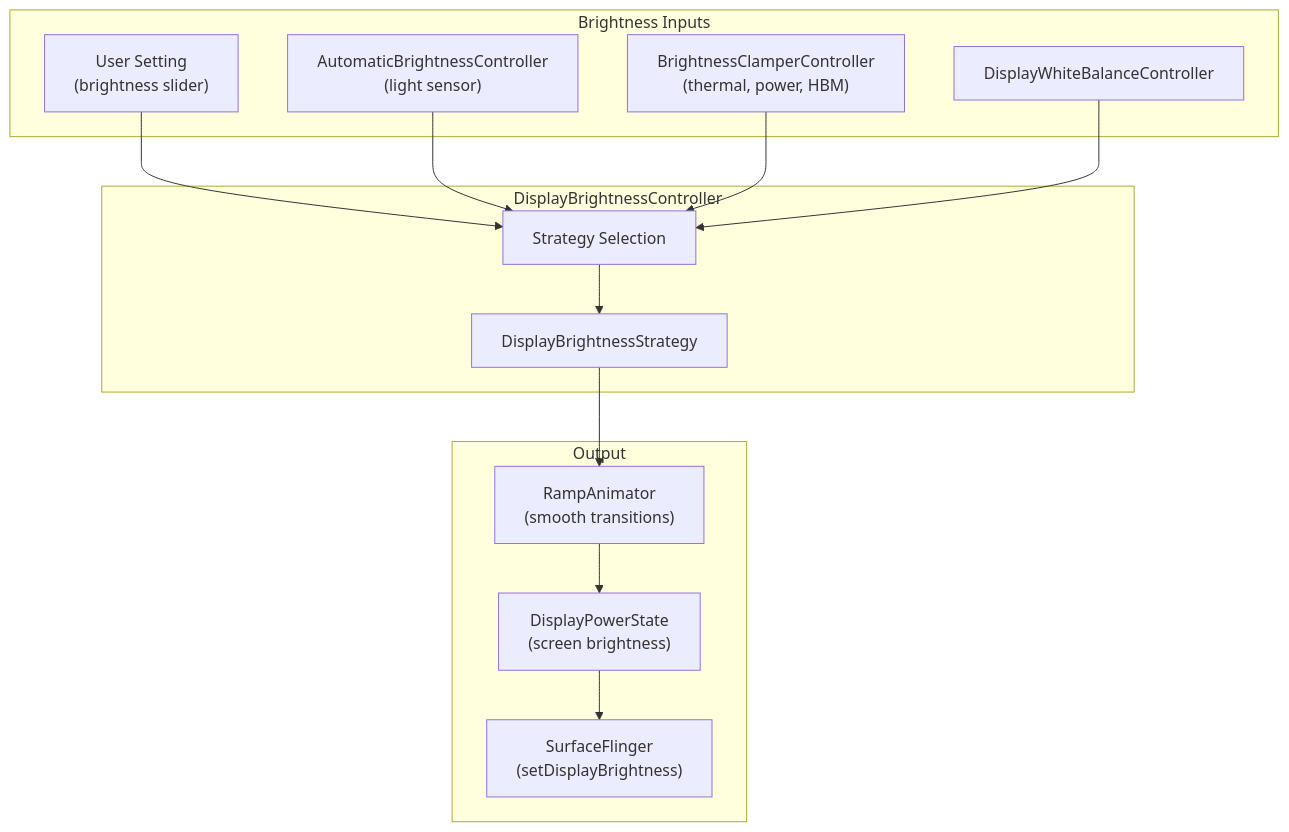
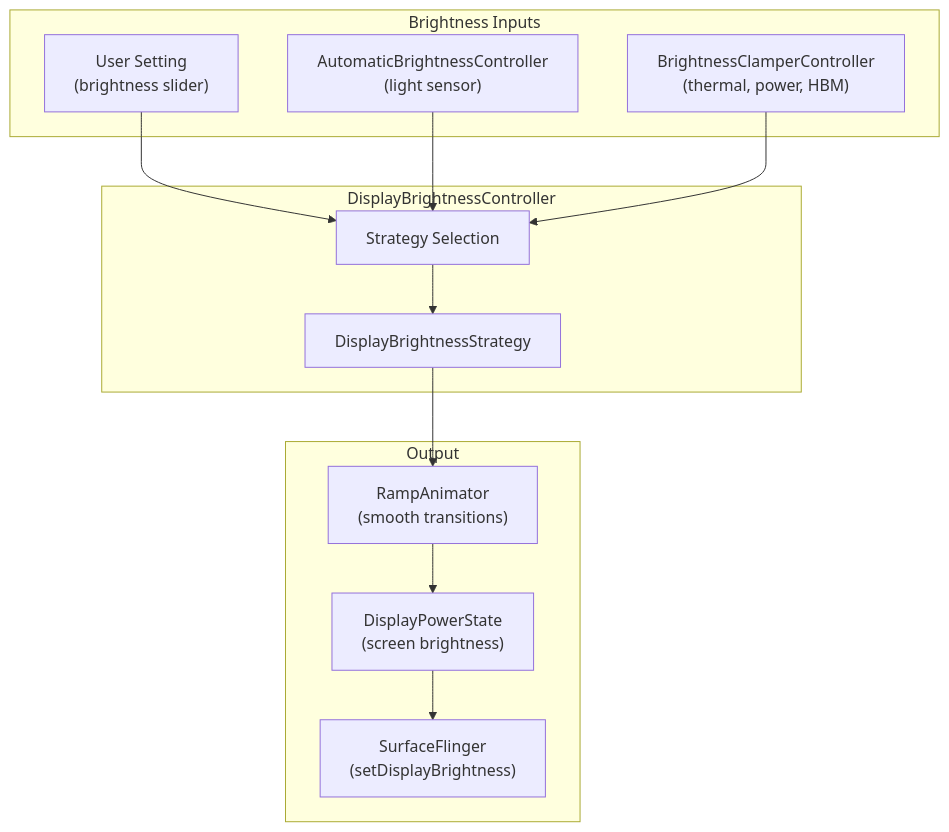
Before and after one commit to aospbooks/aosp-internal-book: diagram 37 of 43 in agents/claude/skills/aosp-framework-core/24-display-system.md, drawn with Mermaid. The commit also changed other lines of this file and 218 other files, not shown here.

````diff
--- a/agents/claude/skills/aosp-framework-core/24-display-system.md
+++ b/agents/claude/skills/aosp-framework-core/24-display-system.md
@@ -2805,29 +2863,27 @@
 ```mermaid
 graph TD
     subgraph "Brightness Inputs"
         USER["User Setting<br/>(brightness slider)"]
         AUTO["AutomaticBrightnessController<br/>(light sensor)"]
         CLAMP["BrightnessClamperController<br/>(thermal, power, HBM)"]
-        TEMP["DisplayWhiteBalanceController"]
     end
 
     subgraph "DisplayBrightnessController"
         DBC["Strategy Selection"]
         STRAT["DisplayBrightnessStrategy"]
     end
 
     subgraph "Output"
         ANIM["RampAnimator<br/>(smooth transitions)"]
         DPS["DisplayPowerState<br/>(screen brightness)"]
         SF6["SurfaceFlinger<br/>(setDisplayBrightness)"]
     end
 
     USER --> DBC
     AUTO --> DBC
     CLAMP --> DBC
-    TEMP --> DBC
     DBC --> STRAT
     STRAT --> ANIM
     ANIM --> DPS
     DPS --> SF6
 ```
````
